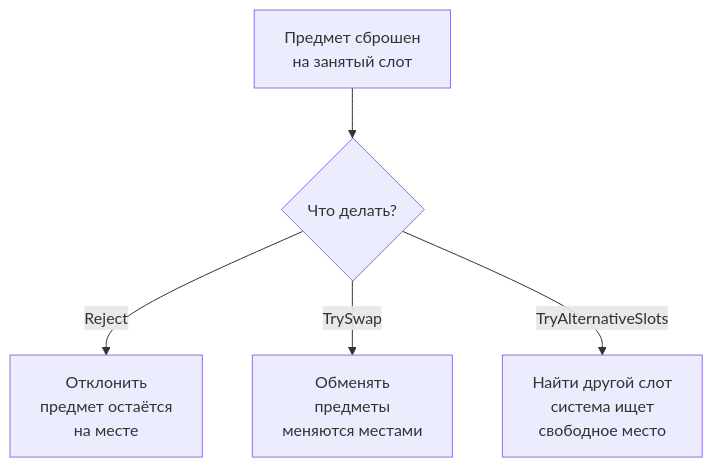
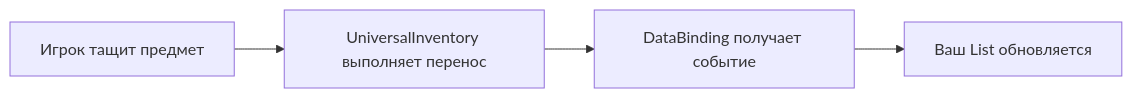
Before and after one commit to SergeevSergey99/DragAndDropSystem-Docs: the second of 2 diagrams in .docs/content/getting-started/quick-start.md, drawn with Mermaid. The commit also changed other lines of this file and 16 other files, not shown here.

````diff
--- a/.docs/content/getting-started/quick-start.md
+++ b/.docs/content/getting-started/quick-start.md
@@ -190,8 +126,6 @@
 ```mermaid
-flowchart TD
-    A["Предмет сброшен\nна занятый слот"] --> B{"Что делать?"}
-    B -->|Reject| C["Отклонить\nпредмет остаётся\nна месте"]
-    B -->|TrySwap| D["Обменять\nпредметы\nменяются местами"]
-    B -->|TryAlternativeSlots| E["Найти другой слот\nсистема ищет\nсвободное место"]
-
+flowchart LR
+    A["Игрок тащит предмет"] --> B["UniversalInventory выполняет перенос"]
+    B --> C["DataBinding получает событие"]
+    C --> D["Ваш List<ItemSO> обновляется"]
 ```
````
